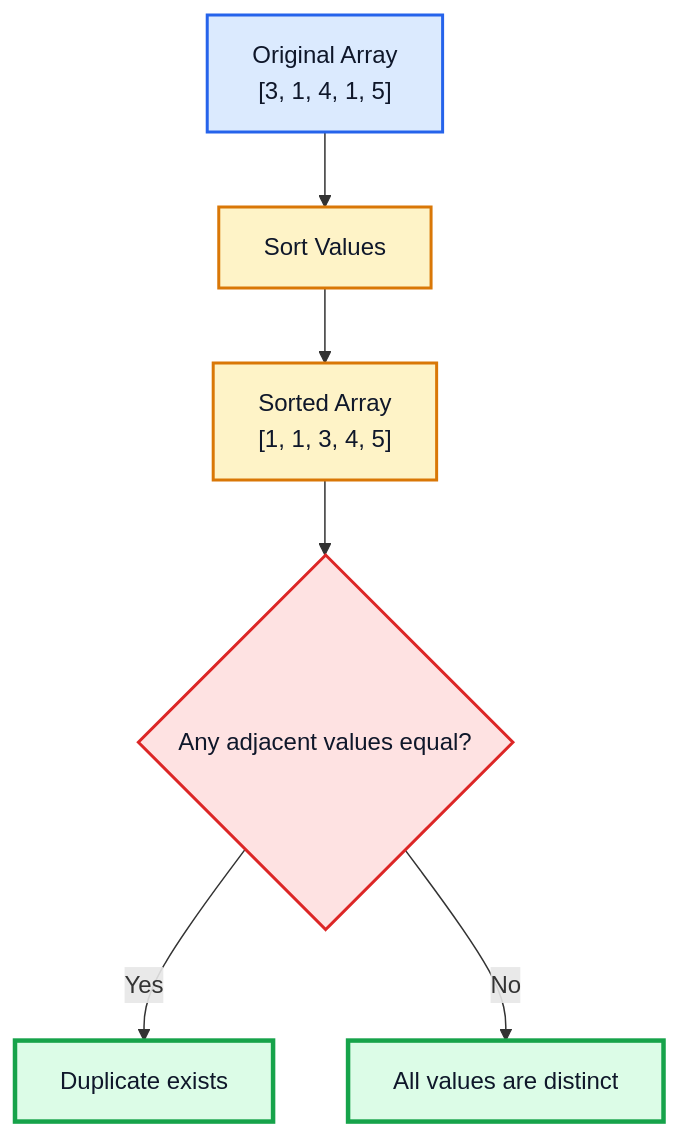
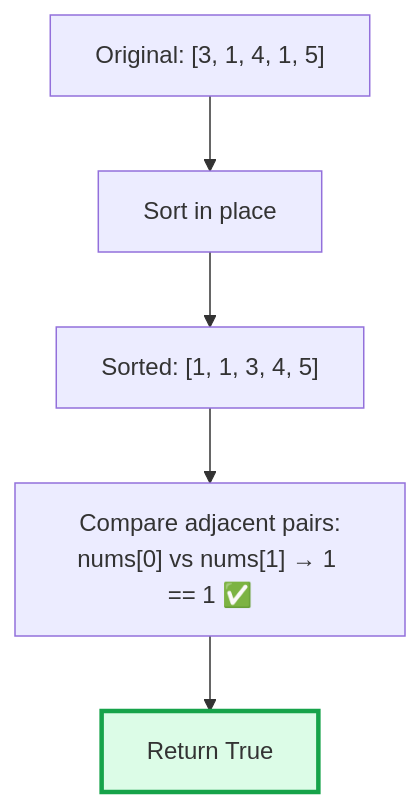
Before and after one commit to M-F-Tushar/LeetCode-Problem-Solving: the seventh of 13 diagrams in 02 - Contains Duplicate/README.md, drawn with Mermaid. The commit also changed other lines of this file, not shown here.

````diff
--- a/02 - Contains Duplicate/README.md
+++ b/02 - Contains Duplicate/README.md
@@ -284,21 +204,9 @@
 ```mermaid
 flowchart TD
-    A["Original Array<br/>[3, 1, 4, 1, 5]"] --> B["Sort Values"]
+    A["Original: [3, 1, 4, 1, 5]"] --> B["Sort in place"]
+    B --> C["Sorted: [1, 1, 3, 4, 5]"]
+    C --> D["Compare adjacent pairs:\nnums[0] vs nums[1] → 1 == 1 ✅"]
+    D --> E["Return True"]
 
-    B --> C["Sorted Array<br/>[1, 1, 3, 4, 5]"]
-
-    C --> D{"Any adjacent values equal?"}
-
-    D -->|Yes| E["Duplicate exists"]
-    D -->|No| F["All values are distinct"]
-
-    classDef input fill:#dbeafe,stroke:#2563eb,stroke-width:2px,color:#0f172a;
-    classDef process fill:#fef3c7,stroke:#d97706,stroke-width:2px,color:#0f172a;
-    classDef decision fill:#fee2e2,stroke:#dc2626,stroke-width:2px,color:#0f172a;
-    classDef success fill:#dcfce7,stroke:#16a34a,stroke-width:3px,color:#0f172a;
-
-    class A input;
-    class B,C process;
-    class D decision;
-    class E,F success;
+    style E fill:#dcfce7,stroke:#16a34a,stroke-width:3px
 ```
````
